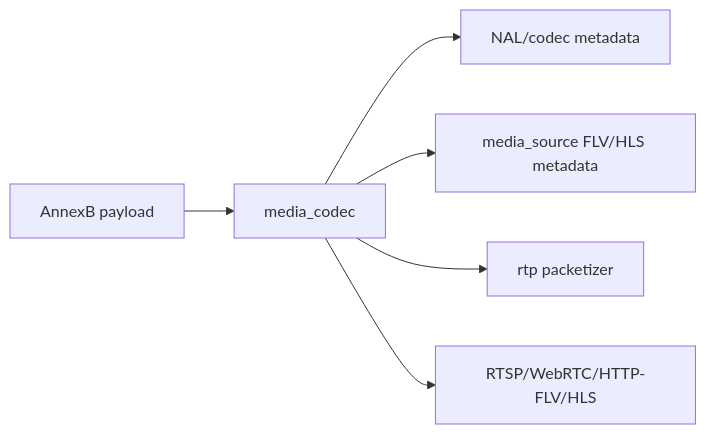
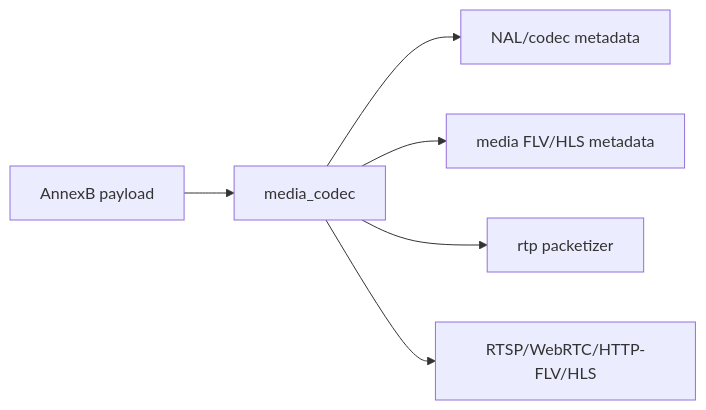
Before and after one commit to 373699756/live_stream: the diagram in docs/libs/media_codec.md, drawn with Mermaid. The commit also changed other lines of this file and 56 other files, not shown here.

Commit message:
refactor: remove obsolete media source libraries

````diff
--- a/docs/libs/media_codec.md
+++ b/docs/libs/media_codec.md
@@ -15,8 +15,8 @@
 ```mermaid
 flowchart LR
   Payload[AnnexB payload] --> Codec[media_codec]
   Codec --> Parse[NAL/codec metadata]
-  Codec --> Source[media_source FLV/HLS metadata]
+  Codec --> Media[media FLV/HLS metadata]
   Codec --> RTP[rtp packetizer]
   Codec --> Protocol[RTSP/WebRTC/HTTP-FLV/HLS]
 ```
````
